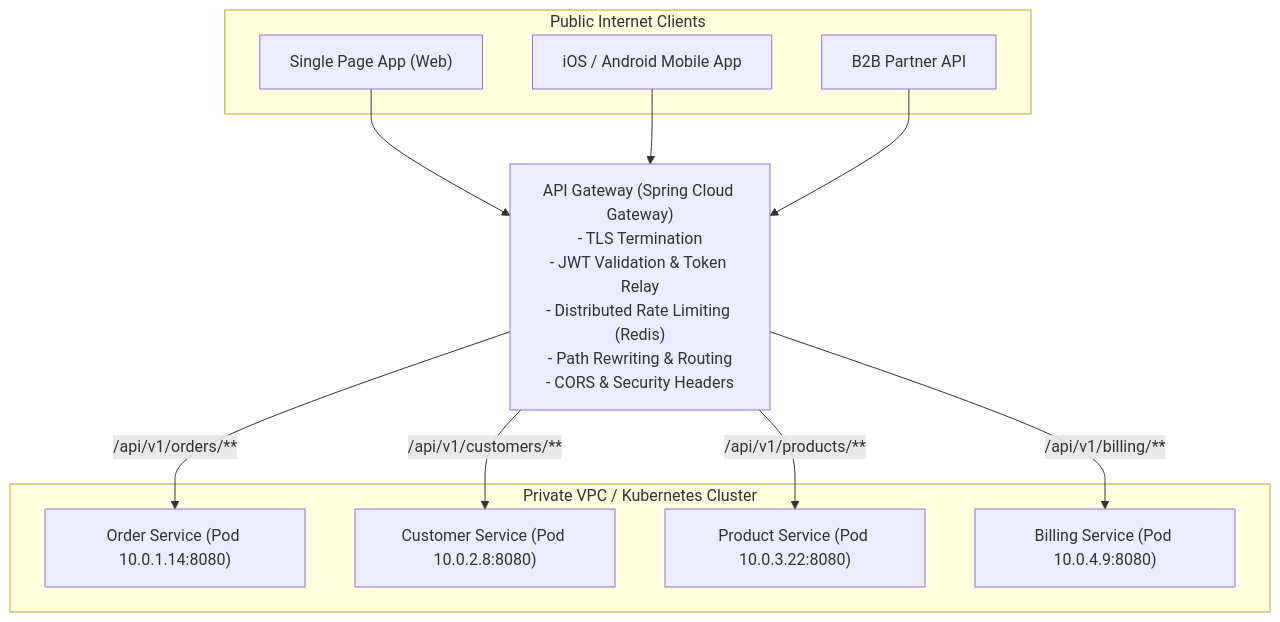
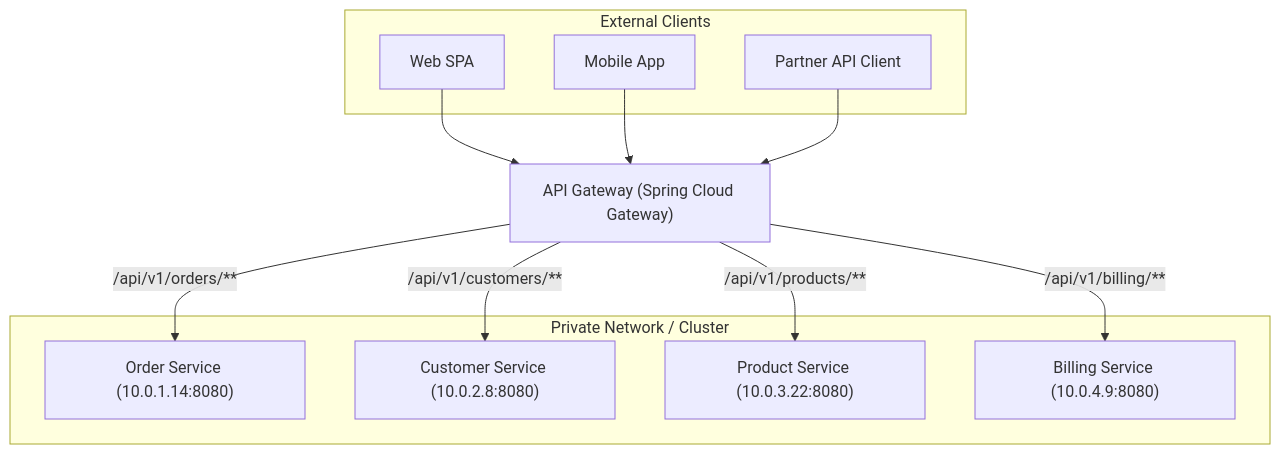
One commit to ravishankar2463/java_hub changed the first of 4 diagrams in content/roadmap/level-11/api-gateways-and-service-discovery.md. Above: the diagram before and after it, drawn with Mermaid. The commit also changed other lines of this file and 119 other files, not shown here.

Commit message:
feat: add comprehensive java learning roadmap content across multiple levels

````diff
--- a/content/roadmap/level-11/api-gateways-and-service-discovery.md
+++ b/content/roadmap/level-11/api-gateways-and-service-discovery.md
@@ -22,31 +16,26 @@
 ```mermaid
 flowchart TD
-    subgraph Clients ["Public Internet Clients"]
-        Web["Single Page App (Web)"]
-        Mobile["iOS / Android Mobile App"]
-        Partner["B2B Partner API"]
+    subgraph Clients ["External Clients"]
+        Web["Web SPA"]
+        Mobile["Mobile App"]
+        Partner["Partner API Client"]
     end
 
-    Gateway["API Gateway (Spring Cloud Gateway)
-- TLS Termination
-- JWT Validation & Token Relay
-- Distributed Rate Limiting (Redis)
-- Path Rewriting & Routing
-- CORS & Security Headers"]
+    Gateway["API Gateway (Spring Cloud Gateway)"]
 
-    subgraph InternalMesh ["Private VPC / Kubernetes Cluster"]
-        OS["Order Service (Pod 10.0.1.14:8080)"]
-        CS["Customer Service (Pod 10.0.2.8:8080)"]
-        PS["Product Service (Pod 10.0.3.22:8080)"]
-        BS["Billing Service (Pod 10.0.4.9:8080)"]
+    subgraph Internal ["Private Network / Cluster"]
+        OS["Order Service (10.0.1.14:8080)"]
+        CS["Customer Service (10.0.2.8:8080)"]
+        PS["Product Service (10.0.3.22:8080)"]
+        BS["Billing Service (10.0.4.9:8080)"]
     end
 
     Web --> Gateway
     Mobile --> Gateway
     Partner --> Gateway
 
-    Gateway -->|/api/v1/orders/**| OS
-    Gateway -->|/api/v1/customers/**| CS
-    Gateway -->|/api/v1/products/**| PS
-    Gateway -->|/api/v1/billing/**| BS
+    Gateway -->|"/api/v1/orders/**"| OS
+    Gateway -->|"/api/v1/customers/**"| CS
+    Gateway -->|"/api/v1/products/**"| PS
+    Gateway -->|"/api/v1/billing/**"| BS
 ```
````
